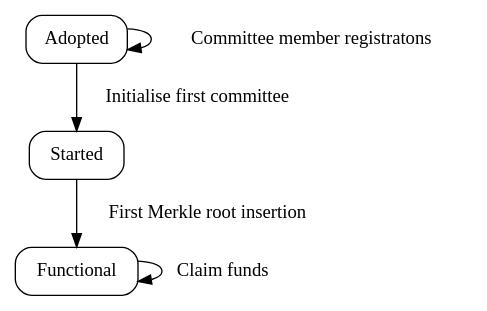
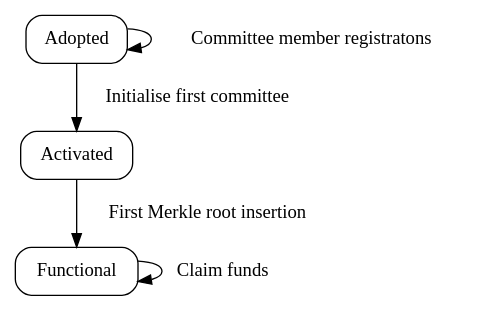
The diagram in docs/Architecture/Lifecycle.dot (input-output-hk/partner-chains-smart-contracts), drawn with Graphviz before and after one commit. The commit also changed 1 other file, not shown here.

Commit message:
Follow same state names for sidechain lifecycle diagram

```diff
--- a/docs/Architecture/Lifecycle.dot
+++ b/docs/Architecture/Lifecycle.dot
@@ -1,13 +1,12 @@
 digraph {
   node [shape=box style=rounded]
 
-
   Adopted
-  Started
+  Activated
   Functional
 
   Adopted -> Adopted [label=" Committee member registratons"]
-  Adopted -> Started [label=" Initialise first committee"]
-  Started -> Functional  [label=" First Merkle root insertion"]
+  Adopted -> Activated [label=" Initialise first committee"]
+  Activated -> Functional  [label=" First Merkle root insertion"]
   Functional -> Functional [label=" Claim funds"]
 }
```
